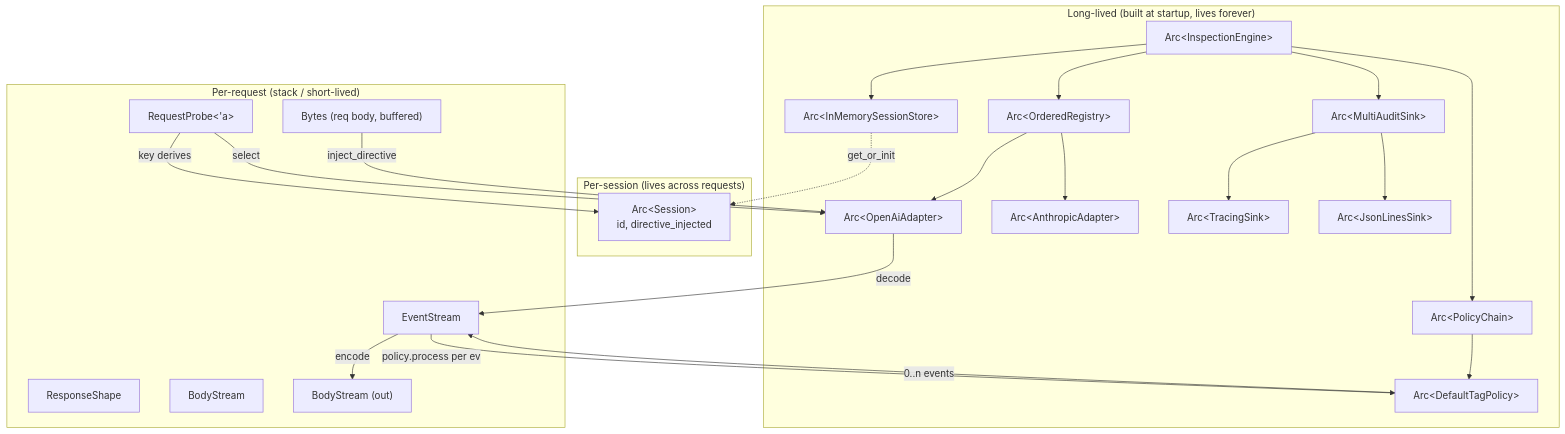
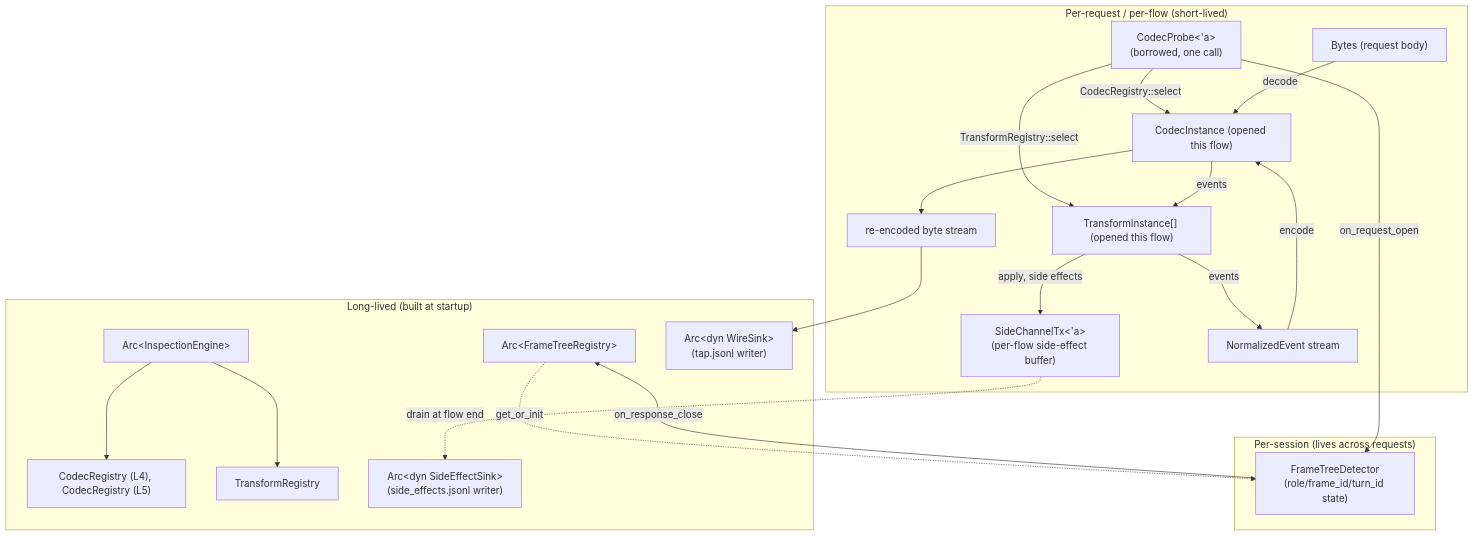
One commit to josephbarnett/noodle changed the fourth of 5 diagrams in docs/diagrams/type-model.md. Above: the diagram before and after it, drawn with Mermaid. The commit also changed other lines of this file and 7 other files, not shown here.

First line of the commit message:
docs: freshness pass on architecture/diagram docs — v1 fictions replaced with as-built (ADR 053) (#22)

````diff
--- a/docs/diagrams/type-model.md
+++ b/docs/diagrams/type-model.md
@@ -285,41 +317,40 @@
 ```mermaid
 flowchart TB
-    subgraph "Long-lived (built at startup, lives forever)"
+    subgraph "Long-lived (built at startup)"
         ENGINE["Arc&lt;InspectionEngine&gt;"]
-        REG["Arc&lt;OrderedRegistry&gt;"]
-        POL["Arc&lt;PolicyChain&gt;"]
-        STORE["Arc&lt;InMemorySessionStore&gt;"]
-        AUDIT["Arc&lt;MultiAuditSink&gt;"]
-        OAI["Arc&lt;OpenAiAdapter&gt;"]
-        ANT["Arc&lt;AnthropicAdapter&gt;"]
-        DEF["Arc&lt;DefaultTagPolicy&gt;"]
-        TR["Arc&lt;TracingSink&gt;"]
-        JS["Arc&lt;JsonLinesSink&gt;"]
-        ENGINE --> REG & POL & STORE & AUDIT
-        REG --> OAI & ANT
-        POL --> DEF
-        AUDIT --> TR & JS
+        CREG["CodecRegistry (L4), CodecRegistry (L5)"]
+        TREG["TransformRegistry"]
+        MARKREG["Arc&lt;FrameTreeRegistry&gt;"]
+        WIRE["Arc&lt;dyn WireSink&gt;<br/>(tap.jsonl writer)"]
+        SFX["Arc&lt;dyn SideEffectSink&gt;<br/>(side_effects.jsonl writer)"]
+        ENGINE --> CREG & TREG
     end
 
     subgraph "Per-session (lives across requests)"
-        SESS["Arc&lt;Session&gt;<br/>id, directive_injected"]
-        STORE -.get_or_init.-> SESS
+        DET["FrameTreeDetector<br/>(role/frame_id/turn_id state)"]
+        MARKREG -.get_or_init.-> DET
     end
 
-    subgraph "Per-request (stack / short-lived)"
-        PROBE["RequestProbe&lt;'a&gt;"]
-        BODY["Bytes (req body, buffered)"]
-        SHAPE["ResponseShape"]
-        STREAM["BodyStream"]
-        EVS["EventStream"]
-        OUT["BodyStream (out)"]
+    subgraph "Per-request / per-flow (short-lived)"
+        PROBE["CodecProbe&lt;'a&gt;<br/>(borrowed, one call)"]
+        REQB["Bytes (request body)"]
+        CINST["CodecInstance (opened this flow)"]
+        TINST["TransformInstance[] (opened this flow)"]
+        TX["SideChannelTx&lt;'a&gt;<br/>(per-flow side-effect buffer)"]
+        EVS["NormalizedEvent stream"]
+        OUT["re-encoded byte stream"]
     end
 
-    PROBE -->|select| OAI
-    PROBE -->|key derives| SESS
-    BODY -->|inject_directive| OAI
-    OAI -->|decode| EVS
-    EVS -->|policy.process per ev| DEF
-    DEF -->|0..n events| EVS
-    EVS -->|encode| OUT
+    PROBE -->|CodecRegistry::select| CINST
+    PROBE -->|TransformRegistry::select| TINST
+    PROBE -->|on_request_open| DET
+    REQB -->|decode| CINST
+    CINST -->|events| TINST
+    TINST -->|apply, side effects| TX
+    TX -.drain at flow end.-> SFX
+    TINST -->|events| EVS
+    EVS -->|encode| CINST
+    CINST --> OUT
+    DET -->|on_response_close| MARKREG
+    OUT --> WIRE
 ```
````
